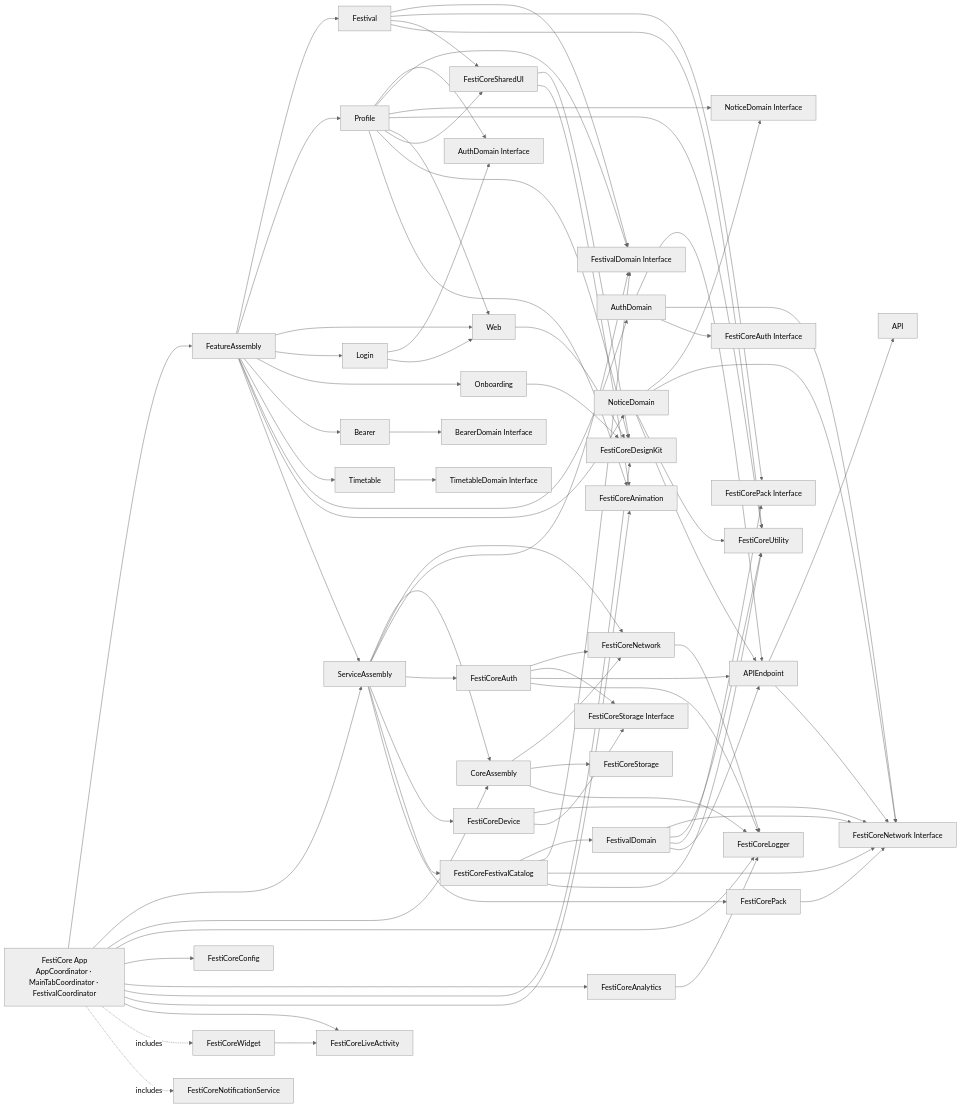
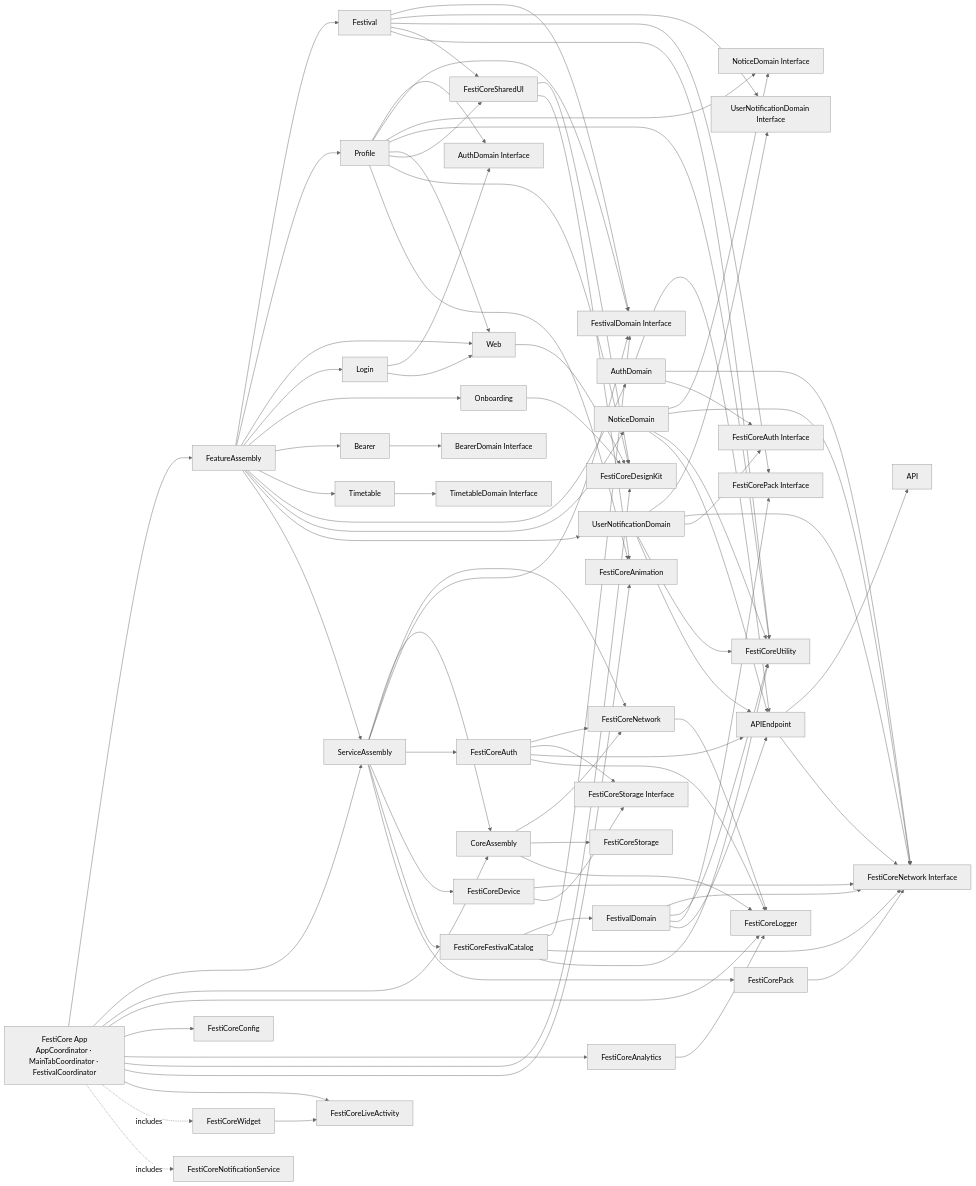
Before and after one commit to FESTICORE/FestiCore-iOS: the diagram in docs/architecture/module-graph.mmd, drawn with Mermaid (neutral theme). The commit also changed 49 other files, not shown here.

```diff
--- a/docs/architecture/module-graph.mmd
+++ b/docs/architecture/module-graph.mmd
@@ -1,123 +1,132 @@
 flowchart LR
   App["FestiCore App<br/>AppCoordinator · MainTabCoordinator · FestivalCoordinator"]
   FeatureAssembly["FeatureAssembly"]
   Festival["Festival"]
   Profile["Profile"]
   Web["Web"]
   Login["Login"]
   Onboarding["Onboarding"]
   Bearer["Bearer"]
   Timetable["Timetable"]
   AuthDomain["AuthDomain"]
   FestivalDomain["FestivalDomain"]
   NoticeDomain["NoticeDomain"]
   NoticeDomainInterface["NoticeDomain Interface"]
+  UserNotificationDomain["UserNotificationDomain"]
+  UserNotificationDomainInterface["UserNotificationDomain Interface"]
   FestivalDomainInterface["FestivalDomain Interface"]
   BearerDomainInterface["BearerDomain Interface"]
   TimetableDomainInterface["TimetableDomain Interface"]
   AuthDomainInterface["AuthDomain Interface"]
   PackInterface["FestiCorePack Interface"]
   ServiceAssembly["ServiceAssembly"]
   API["API"]
   Auth["FestiCoreAuth"]
   Analytics["FestiCoreAnalytics"]
   Config["FestiCoreConfig"]
   Device["FestiCoreDevice"]
   Catalog["FestiCoreFestivalCatalog"]
   Pack["FestiCorePack"]
   Network["FestiCoreNetwork"]
   StorageInterface["FestiCoreStorage Interface"]
   Storage["FestiCoreStorage"]
   Logger["FestiCoreLogger"]
   Utility["FestiCoreUtility"]
   LiveActivity["FestiCoreLiveActivity"]
   Animation["FestiCoreAnimation"]
   CoreAssembly["CoreAssembly"]
   APIEndpoint["APIEndpoint"]
   NetworkInterface["FestiCoreNetwork Interface"]
   SharedUI["FestiCoreSharedUI"]
   Design["FestiCoreDesignKit"]
   Widget["FestiCoreWidget"]
   Notification["FestiCoreNotificationService"]
 
   App --> FeatureAssembly
   App --> ServiceAssembly
   App --> CoreAssembly
   App --> Logger
   App --> Config
   App --> Analytics
   App --> Design
   App --> Animation
   App --> LiveActivity
   App -. includes .-> Widget
   App -. includes .-> Notification
 
   FeatureAssembly --> Festival
   FeatureAssembly --> Profile
   FeatureAssembly --> Web
   FeatureAssembly --> Login
   FeatureAssembly --> Onboarding
   FeatureAssembly --> Bearer
   FeatureAssembly --> Timetable
   FeatureAssembly --> AuthDomain
   FeatureAssembly --> NoticeDomain
+  FeatureAssembly --> UserNotificationDomain
   FeatureAssembly --> ServiceAssembly
 
   Festival --> FestivalDomainInterface
+  Festival --> UserNotificationDomainInterface
   Festival --> PackInterface
   Festival --> SharedUI
   Festival --> Utility
   Profile --> AuthDomainInterface
   Profile --> FestivalDomainInterface
   Profile --> NoticeDomainInterface
   Profile --> Utility
   Profile --> Web
   Profile --> SharedUI
   Profile --> Design
   Profile --> Animation
   Login --> AuthDomainInterface
   Login --> Web
   Bearer --> BearerDomainInterface
   Timetable --> TimetableDomainInterface
   Onboarding --> Design
   Web --> Design
   SharedUI --> Design
 
   AuthDomain --> APIEndpoint
   AuthDomain --> NetworkInterface
   AuthDomain --> AuthInterface["FestiCoreAuth Interface"]
   FestivalDomain --> NetworkInterface
   FestivalDomain --> Utility
   FestivalDomain --> PackInterface
   FestivalDomain --> APIEndpoint
   NoticeDomain --> NoticeDomainInterface
   NoticeDomain --> NetworkInterface
   NoticeDomain --> Utility
   NoticeDomain --> APIEndpoint
+  UserNotificationDomain --> UserNotificationDomainInterface
+  UserNotificationDomain --> NetworkInterface
+  UserNotificationDomain --> AuthInterface
+  UserNotificationDomain --> Utility
+  UserNotificationDomain --> APIEndpoint
   ServiceAssembly --> CoreAssembly
   ServiceAssembly --> Network
   ServiceAssembly --> FestivalDomainInterface
   ServiceAssembly --> Auth
   ServiceAssembly --> Device
   ServiceAssembly --> Catalog
   ServiceAssembly --> Pack
   Catalog --> FestivalDomain
   Catalog --> FestivalDomainInterface
   Catalog --> NetworkInterface
   Catalog --> Utility
   Auth --> Network
   Auth --> StorageInterface
   Auth --> APIEndpoint
   Auth --> Logger
   Device --> NetworkInterface
   Device --> StorageInterface
   Pack --> NetworkInterface
   Analytics --> Logger
   APIEndpoint --> API
   APIEndpoint --> NetworkInterface
   CoreAssembly --> Network
   CoreAssembly --> Storage
   CoreAssembly --> Logger
   Network --> Logger
   SharedUI --> Animation
   Widget --> LiveActivity
```
